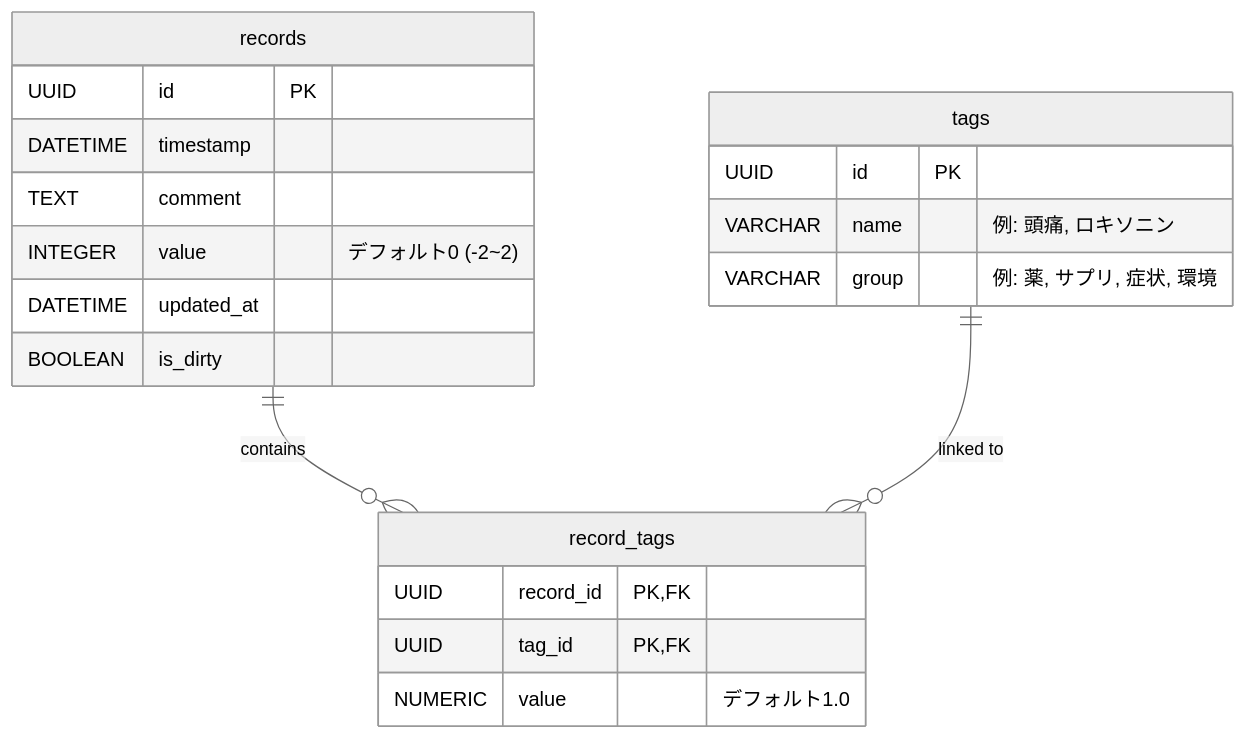
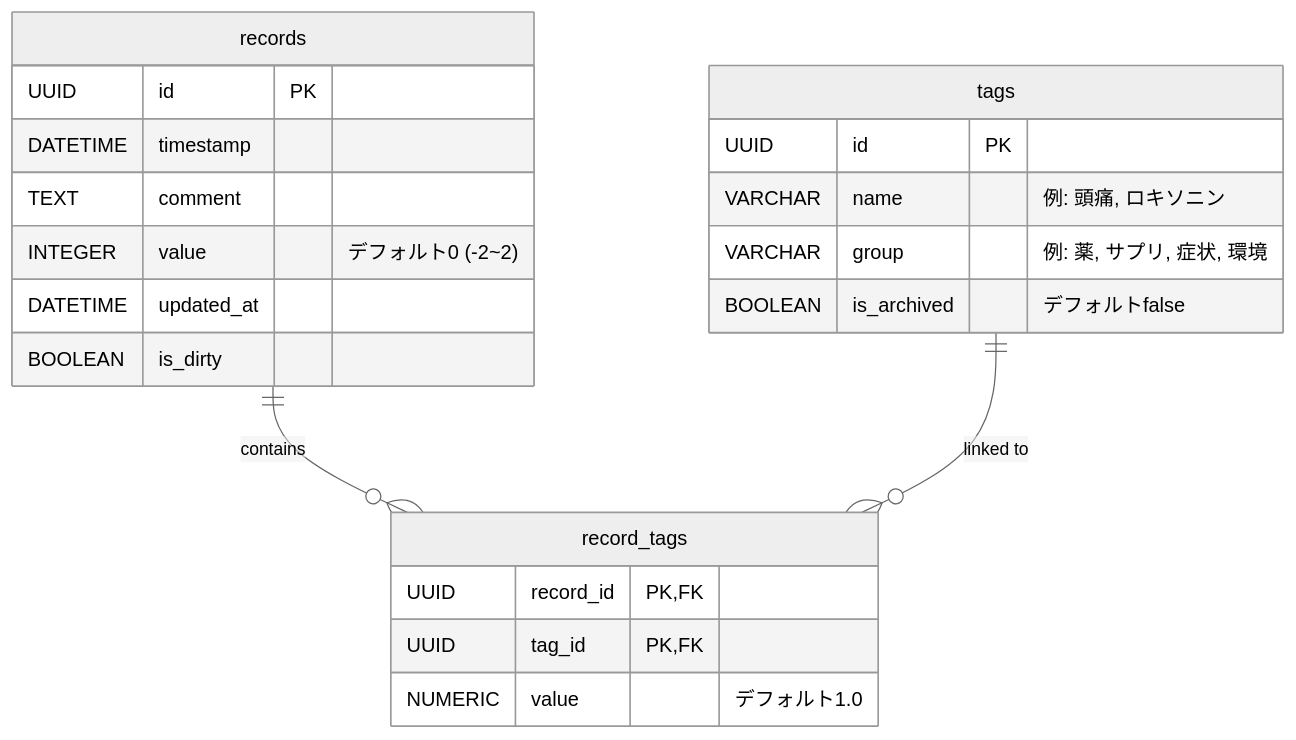
The diagram in docs/design.md (tndd/self-track-v3), drawn with Mermaid (neutral theme) before and after one commit. The commit also changed other lines of this file, not shown here.

Commit message:
docs: update system design documentation to reflect recent architecture changes

````diff
--- a/docs/design.md
+++ b/docs/design.md
@@ -39,26 +56,27 @@
 ```mermaid
 erDiagram
     records ||--o{ record_tags : "contains"
     tags ||--o{ record_tags : "linked to"
 
     records {
         UUID id PK
         DATETIME timestamp
         TEXT comment
         INTEGER value "デフォルト0 (-2~2)"
         DATETIME updated_at
         BOOLEAN is_dirty
     }
 
     tags {
         UUID id PK
         VARCHAR name "例: 頭痛, ロキソニン"
         VARCHAR group "例: 薬, サプリ, 症状, 環境"
+        BOOLEAN is_archived "デフォルトfalse"
     }
 
     record_tags {
         UUID record_id PK, FK
         UUID tag_id PK, FK
         NUMERIC value "デフォルト1.0"
     }
 ```
````
